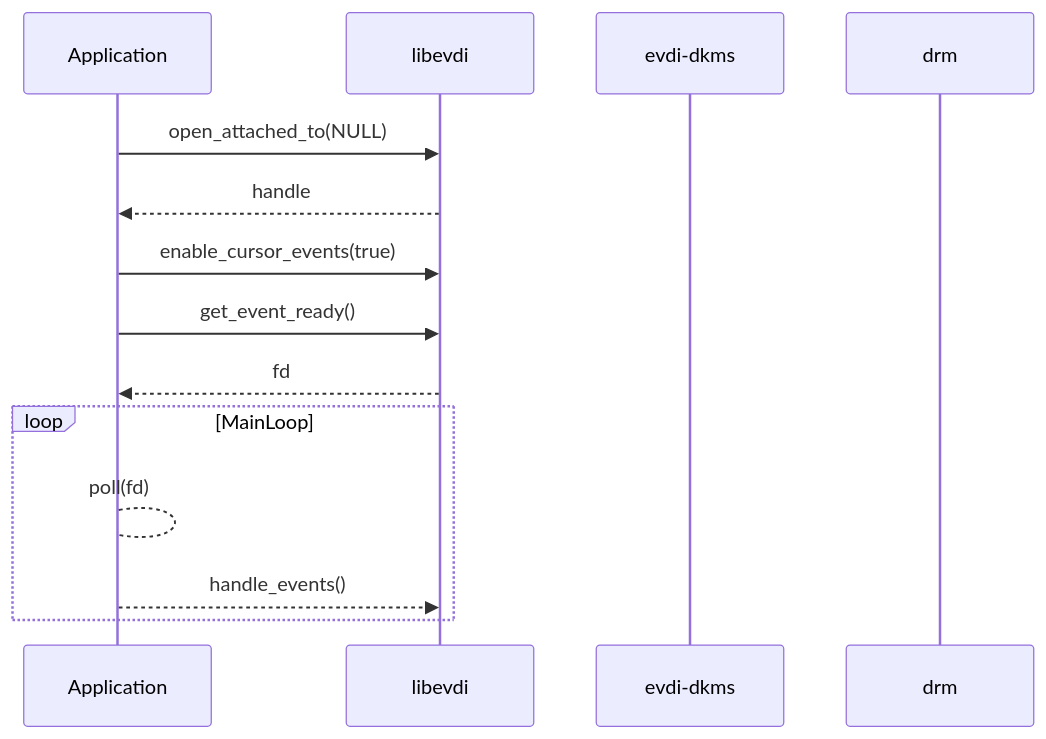
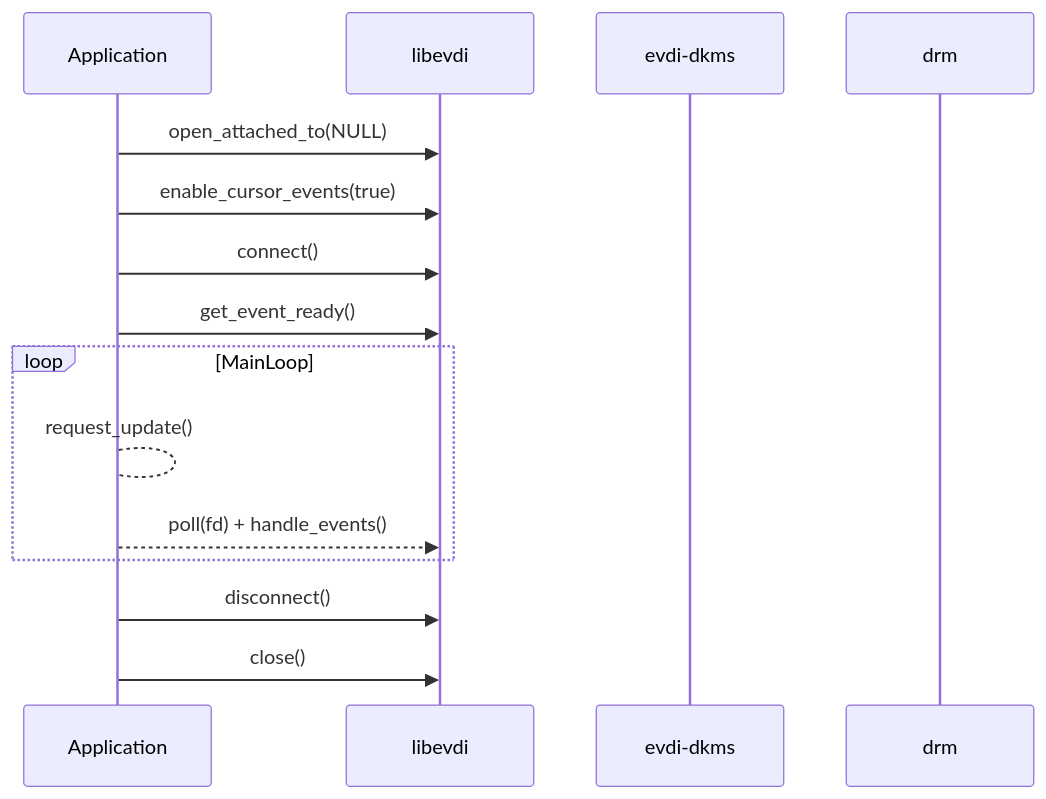
The diagram in evdi/libevdi/README.md (maitredede/puregolibs), drawn with Mermaid before and after one commit. The commit also changed 5 other files, not shown here.

````diff
--- a/evdi/libevdi/README.md
+++ b/evdi/libevdi/README.md
@@ -3,19 +3,22 @@
 ```mermaid
 sequenceDiagram
     participant A as Application
     participant E as libevdi
     participant K as evdi-dkms
     participant D as drm
 
 
     A->>E: open_attached_to(NULL)
-    E-->>A: handle
     A->>E: enable_cursor_events(true)
+    A->>E: connect()
     A->>E: get_event_ready()
-    E-->>A: fd
 
     loop MainLoop
-    A-->A: poll(fd)
-    A-->>E: handle_events()
+    A-->A: request_update()
+    A-->>E: poll(fd) + handle_events()
     end
+
+    A->>E: disconnect()
+    A->>E: close()
+
 ```
````
